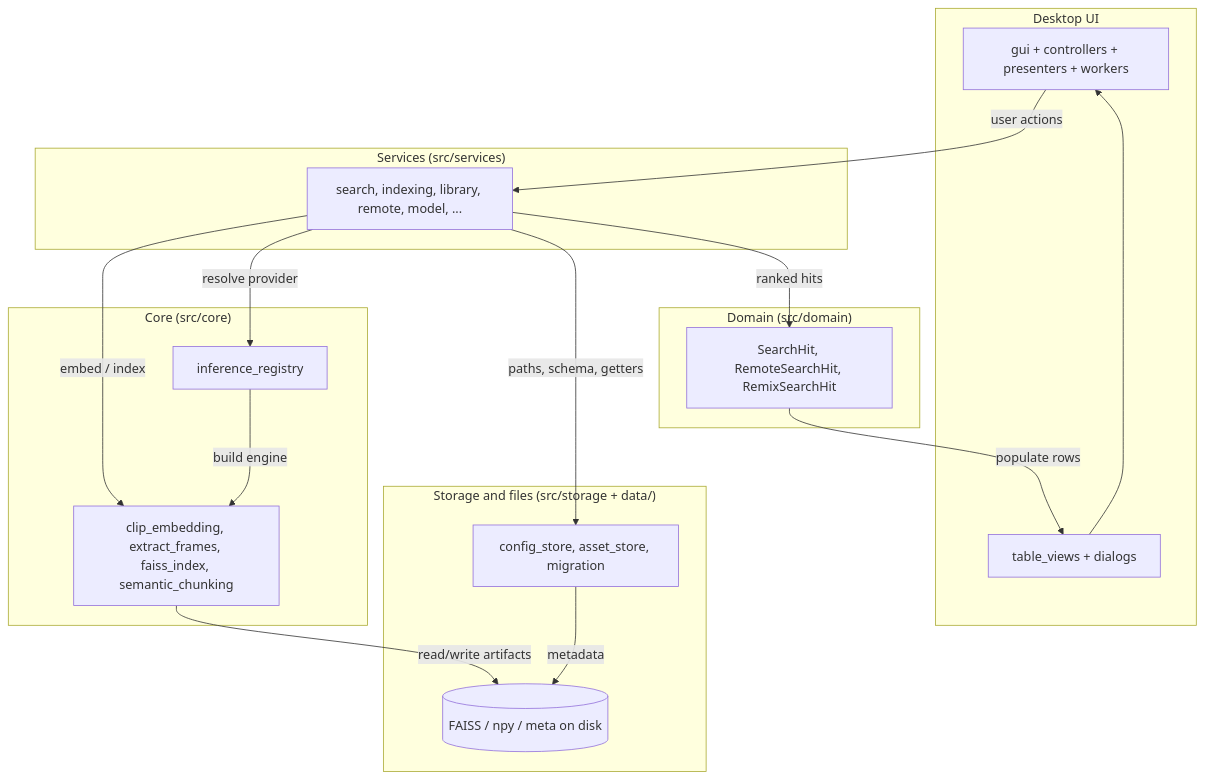
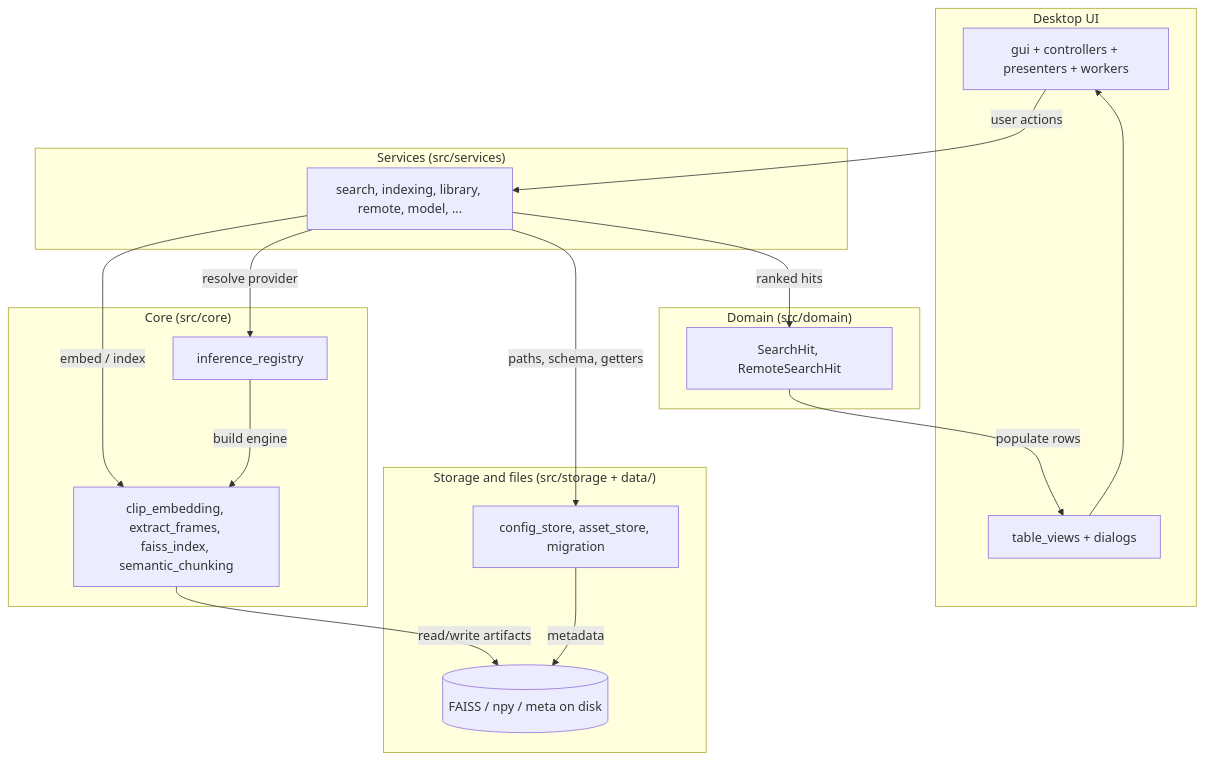
The second of 3 diagrams in docs/architecture.md (6v17/VideoSeek), drawn with Mermaid before and after one commit. The commit also changed other lines of this file and 4 other files, not shown here.

````diff
--- a/docs/architecture.md
+++ b/docs/architecture.md
@@ -23,36 +23,36 @@
 ```mermaid
 flowchart TB
   subgraph client ["Desktop UI"]
     GUI["gui + controllers + presenters + workers"]
     TV["table_views + dialogs"]
   end
 
   subgraph svc ["Services (src/services)"]
     SVC["search, indexing, library, remote, model, ..."]
   end
 
   subgraph domain ["Domain (src/domain)"]
-    DTO["SearchHit, RemoteSearchHit, RemixSearchHit"]
+    DTO["SearchHit, RemoteSearchHit"]
   end
 
   subgraph core ["Core (src/core)"]
     IR["inference_registry"]
     CE["clip_embedding, extract_frames, faiss_index, semantic_chunking"]
   end
 
   subgraph data ["Storage and files (src/storage + data/)"]
     CFG["config_store, asset_store, migration"]
     DISK[("FAISS / npy / meta on disk")]
   end
 
   GUI -->|user actions| SVC
   SVC -->|embed / index| CE
   SVC -->|resolve provider| IR
   IR -->|build engine| CE
   SVC -->|paths, schema, getters| CFG
   CE -->|read/write artifacts| DISK
   CFG -->|metadata| DISK
   SVC -->|ranked hits| DTO
   DTO -->|populate rows| TV
   TV --> GUI
 ```
````
